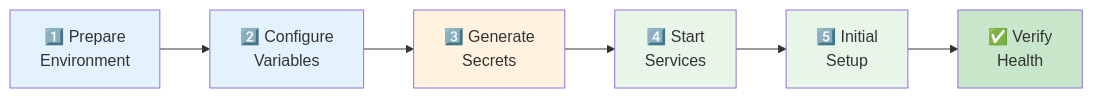
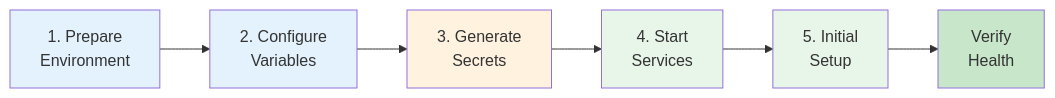
The third of 5 diagrams in docs/operations/deployment.md (CHA0S-CORP/SkySpyDocs), drawn with Mermaid before and after one commit. The commit also changed other lines of this file, not shown here.

````diff
--- a/docs/operations/deployment.md
+++ b/docs/operations/deployment.md
@@ -420,15 +287,15 @@
 ```mermaid
 flowchart LR
-    A[1️⃣ Prepare<br/>Environment] --> B[2️⃣ Configure<br/>Variables]
-    B --> C[3️⃣ Generate<br/>Secrets]
-    C --> D[4️⃣ Start<br/>Services]
-    D --> E[5️⃣ Initial<br/>Setup]
-    E --> F[✅ Verify<br/>Health]
+    A[1. Prepare<br/>Environment] --> B[2. Configure<br/>Variables]
+    B --> C[3. Generate<br/>Secrets]
+    C --> D[4. Start<br/>Services]
+    D --> E[5. Initial<br/>Setup]
+    E --> F[Verify<br/>Health]
 
     style A fill:#e3f2fd
     style B fill:#e3f2fd
     style C fill:#fff3e0
     style D fill:#e8f5e9
     style E fill:#e8f5e9
     style F fill:#c8e6c9
 ```
````
